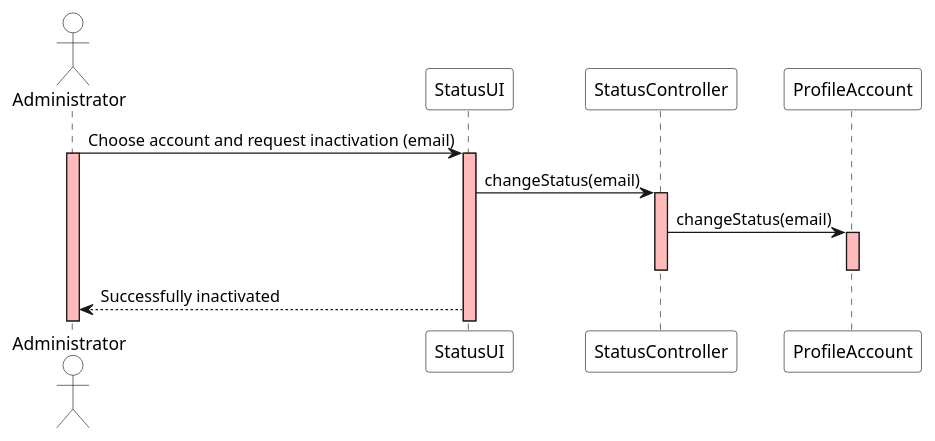
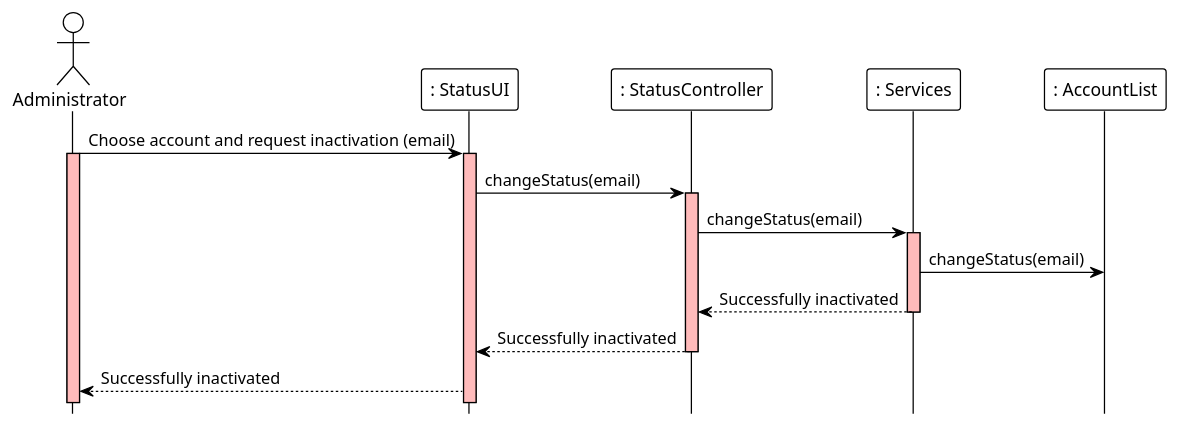
One commit to ivo-menezes/project_g3 changed the diagram in docs/modelling_design/user_stories/us005/US005_InactivateUserAccountSD.puml. Above: the diagram before and after it, drawn with PlantUML.

Commit message:
US005: Design: InactivateUserAccountSD(Update)

```diff
--- a/docs/modelling_design/user_stories/us005/US005_InactivateUserAccountSD.puml
+++ b/docs/modelling_design/user_stories/us005/US005_InactivateUserAccountSD.puml
@@ -1,21 +1,26 @@
 @startuml
+!theme plain
+hide footbox
 
 actor Administrator  as Administrator #white
-participant "StatusUI" as UI #white
-participant "StatusController" as Controller #white
-participant "ProfileAccount" as Account #white
+participant ": StatusUI" as UI #white
+participant ": StatusController" as Controller #white
+participant ": Services" as Services #white
+participant ": AccountList" as Account #white
 
 'Administrator ->  Controller : 1.Choose account and request inactivation
 Administrator ->  UI : Choose account and request inactivation (email)
 activate UI #FFBBBB
 'activate Controller #FFBBBB
 activate Administrator #FFBBBB
 UI -> Controller: changeStatus(email)
 activate Controller #FFBBBB
-Controller -> Account: changeStatus(email)
-activate Account #FFBBBB
-deactivate Account
+Controller -> Services: changeStatus(email)
+activate Services #FFBBBB
+Services -> Account: changeStatus(email)
+Services --> Controller : Successfully inactivated
+deactivate Services
+Controller --> UI : Successfully inactivated
 deactivate Controller
-
 UI --> Administrator: Successfully inactivated
 @enduml
```
